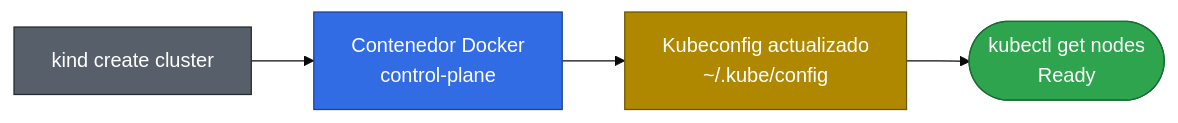
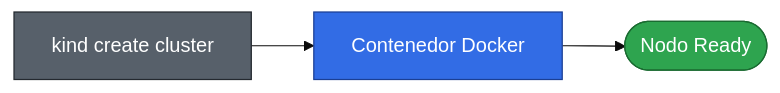
Before and after one commit to jgaragorry/sre-linux-mastery: the diagram in Fase5/WS_7/RUNBOOK.md, drawn with Mermaid (base theme). The commit also changed other lines of this file and 1 other file, not shown here.

````diff
--- a/Fase5/WS_7/RUNBOOK.md
+++ b/Fase5/WS_7/RUNBOOK.md
@@ -92,11 +25,13 @@
 ```mermaid
 flowchart LR
-    C[kind create cluster]:::cmd --> N[Contenedor Docker<br/>control-plane]:::k8s
-    N --> KC[Kubeconfig actualizado<br/>~/.kube/config]:::cfg
-    KC --> V([kubectl get nodes<br/>Ready]):::ok
-
     classDef cmd fill:#57606A,stroke:#24292F,color:#fff
     classDef k8s fill:#326CE5,stroke:#1B3F94,color:#fff
-    classDef cfg fill:#B08800,stroke:#6B5400,color:#fff
     classDef ok fill:#2EA44F,stroke:#1A6B31,color:#fff
+
+    C[kind create cluster] --> N[Contenedor Docker]
+    N --> V([Nodo Ready])
+
+    class C cmd
+    class N k8s
+    class V ok
 ```
````
